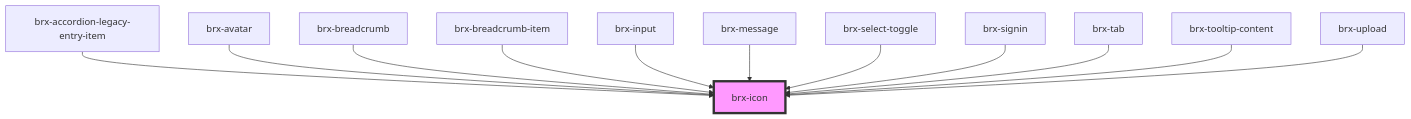
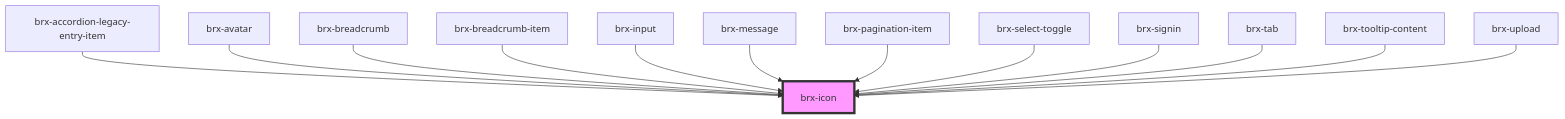
Before and after one commit to copperui/copperui: the diagram in packages/core/src/components/brx-icon/readme.md, drawn with Mermaid. The commit also changed other lines of this file and 26 other files, not shown here.

Commit message:
feat(core): components: brx-pagination (#50) [WIP]

````diff
--- a/packages/core/src/components/brx-icon/readme.md
+++ b/packages/core/src/components/brx-icon/readme.md
@@ -32,15 +33,16 @@
 ```mermaid
 graph TD;
   brx-accordion-legacy-entry-item --> brx-icon
   brx-avatar --> brx-icon
   brx-breadcrumb --> brx-icon
   brx-breadcrumb-item --> brx-icon
   brx-input --> brx-icon
   brx-message --> brx-icon
+  brx-pagination-item --> brx-icon
   brx-select-toggle --> brx-icon
   brx-signin --> brx-icon
   brx-tab --> brx-icon
   brx-tooltip-content --> brx-icon
   brx-upload --> brx-icon
   style brx-icon fill:#f9f,stroke:#333,stroke-width:4px
 ```
````
